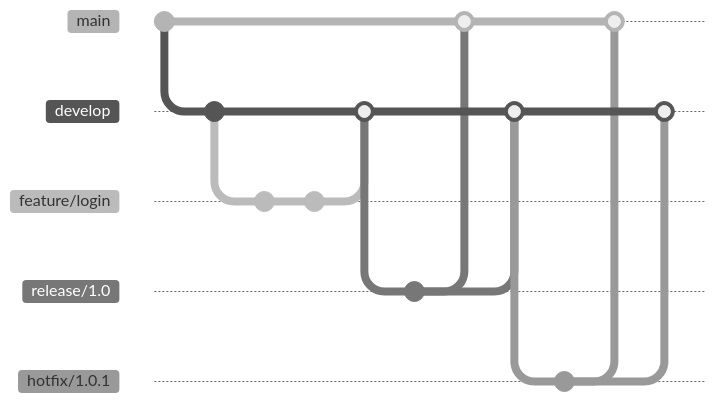
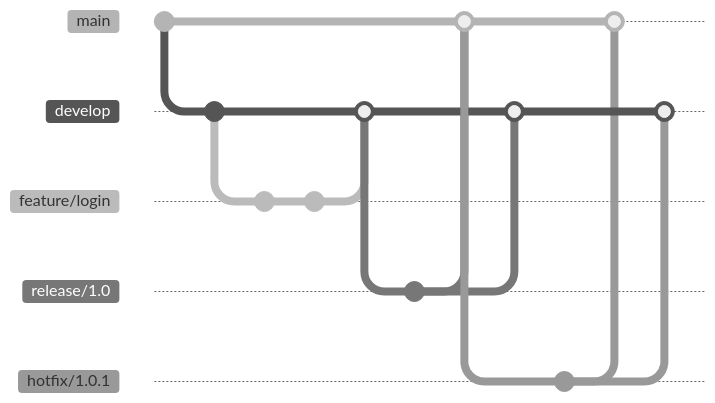
The diagram in README.md (SubbuTechOps/GitFlow-Branching-Strategy), drawn with Mermaid (neutral theme) before and after one commit. Commit ids are hidden.

````diff
--- a/README.md
+++ b/README.md
@@ -80,27 +80,28 @@
 ```mermaid
 gitGraph
     commit
     branch develop
     checkout develop
     commit
     branch feature/login
     checkout feature/login
     commit
     commit
     checkout develop
     merge feature/login
     branch release/1.0
     checkout release/1.0
     commit
     checkout main
     merge release/1.0
     checkout develop
     merge release/1.0
+    checkout main
     branch hotfix/1.0.1
     checkout hotfix/1.0.1
     commit
     checkout main
     merge hotfix/1.0.1
     checkout develop
-    merge hotfix/1.0.1
+    merge hotfix/1.0.1    
 ```
````
